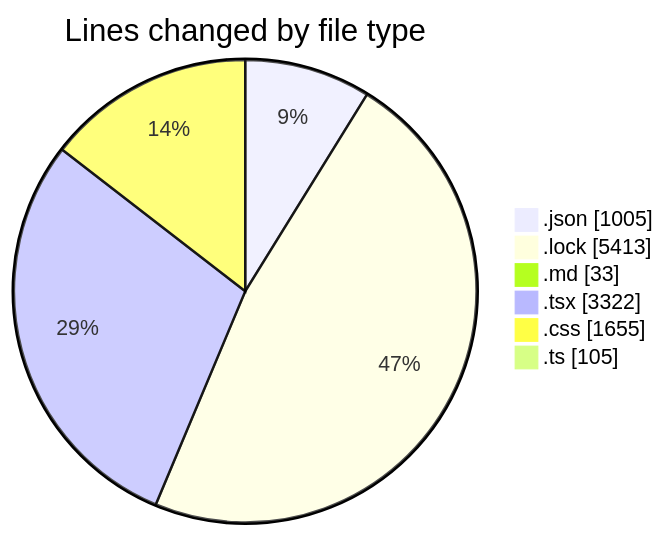
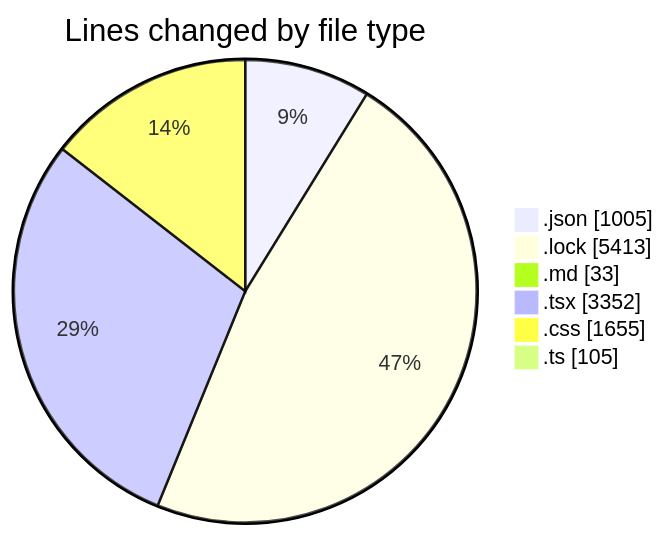
One commit to EIIisD/code-tracking changed the first of 2 diagrams in 2025-08-11/ribbon/README.md. Above: the diagram before and after it, drawn with Mermaid. The commit also changed other lines of this file and 1 other file, not shown here.

````diff
--- a/2025-08-11/ribbon/README.md
+++ b/2025-08-11/ribbon/README.md
@@ -45,10 +45,10 @@
 ```mermaid
 pie showData
 title Lines changed by file type
 ".json" : 1005
 ".lock" : 5413
 ".md" : 33
-".tsx" : 3322
+".tsx" : 3352
 ".css" : 1655
 ".ts" : 105
 ```
````
